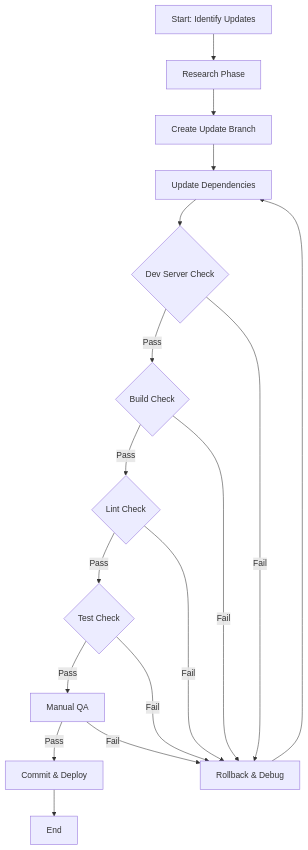
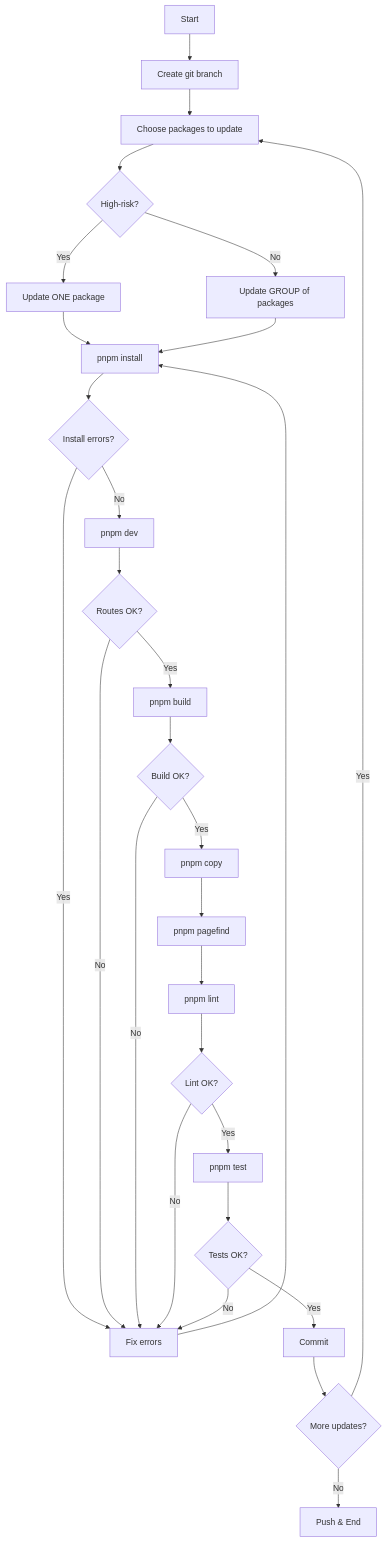
One commit to yoshixmk/profile changed the diagram in .kiro/specs/update-libs/design.md. Above: the diagram before and after it, drawn with Mermaid. The commit also changed other lines of this file and 2 other files, not shown here.

First line of the commit message:
docs(specs/update-libs): Simplify design documentation to manual workflow

````diff
--- a/.kiro/specs/update-libs/design.md
+++ b/.kiro/specs/update-libs/design.md
@@ -11,19 +29,31 @@
 ```mermaid
 graph TD
-    A[Start: Identify Updates] --> B[Research Phase]
-    B --> C[Create Update Branch]
-    C --> D[Update Dependencies]
-    D --> E{Dev Server Check}
-    E -->|Pass| F{Build Check}
-    E -->|Fail| G[Rollback & Debug]
-    F -->|Pass| H{Lint Check}
-    F -->|Fail| G
-    H -->|Pass| I{Test Check}
-    H -->|Fail| G
-    I -->|Pass| J[Manual QA]
-    I -->|Fail| G
-    J -->|Pass| K[Commit & Deploy]
-    J -->|Fail| G
-    G --> D
-    K --> L[End]
+    A[Start] --> B[Create git branch]
+    B --> C[Choose packages to update]
+    C --> D{High-risk?}
+    D -->|Yes| E[Update ONE package]
+    D -->|No| F[Update GROUP of packages]
+    E --> G[pnpm install]
+    F --> G
+    G --> H{Install errors?}
+    H -->|Yes| I[Fix errors]
+    I --> G
+    H -->|No| J[pnpm dev]
+    J --> K{Routes OK?}
+    K -->|No| I
+    K -->|Yes| L[pnpm build]
+    L --> M{Build OK?}
+    M -->|No| I
+    M -->|Yes| N[pnpm copy]
+    N --> O[pnpm pagefind]
+    O --> P[pnpm lint]
+    P --> Q{Lint OK?}
+    Q -->|No| I
+    Q -->|Yes| R[pnpm test]
+    R --> S{Tests OK?}
+    S -->|No| I
+    S -->|Yes| T[Commit]
+    T --> U{More updates?}
+    U -->|Yes| C
+    U -->|No| V[Push & End]
 ```
````
